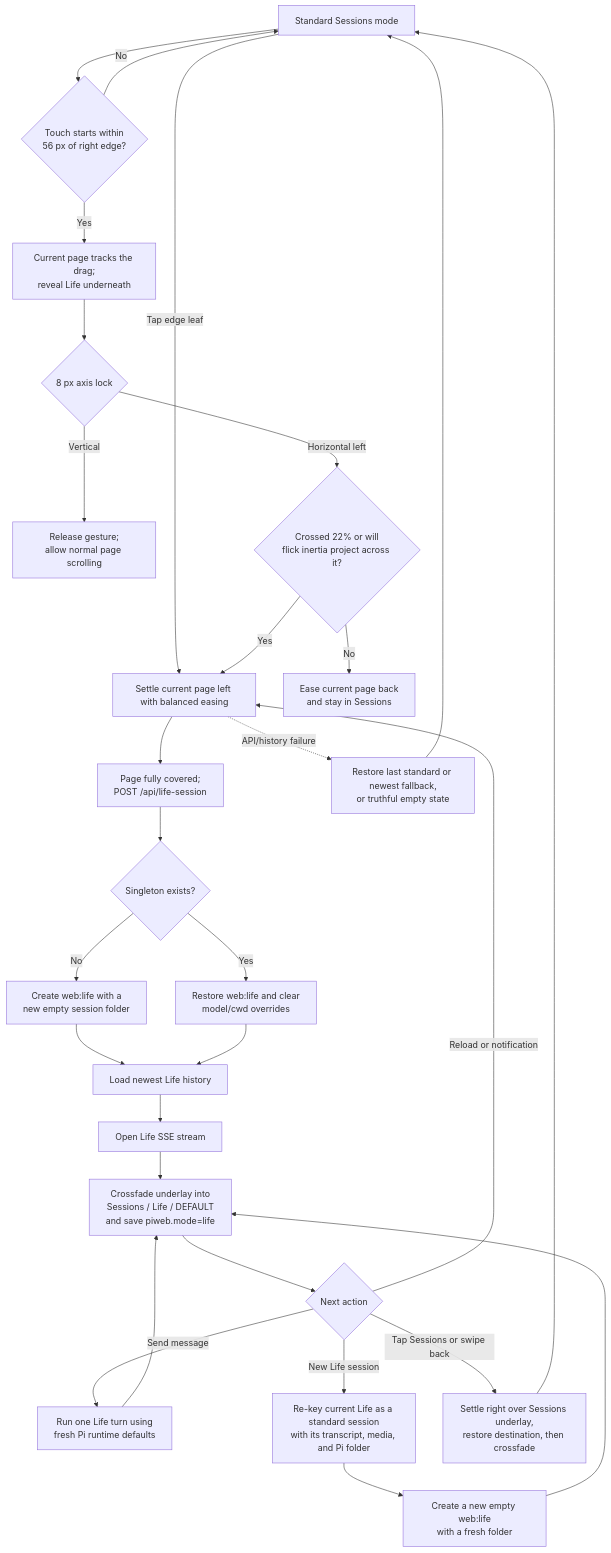
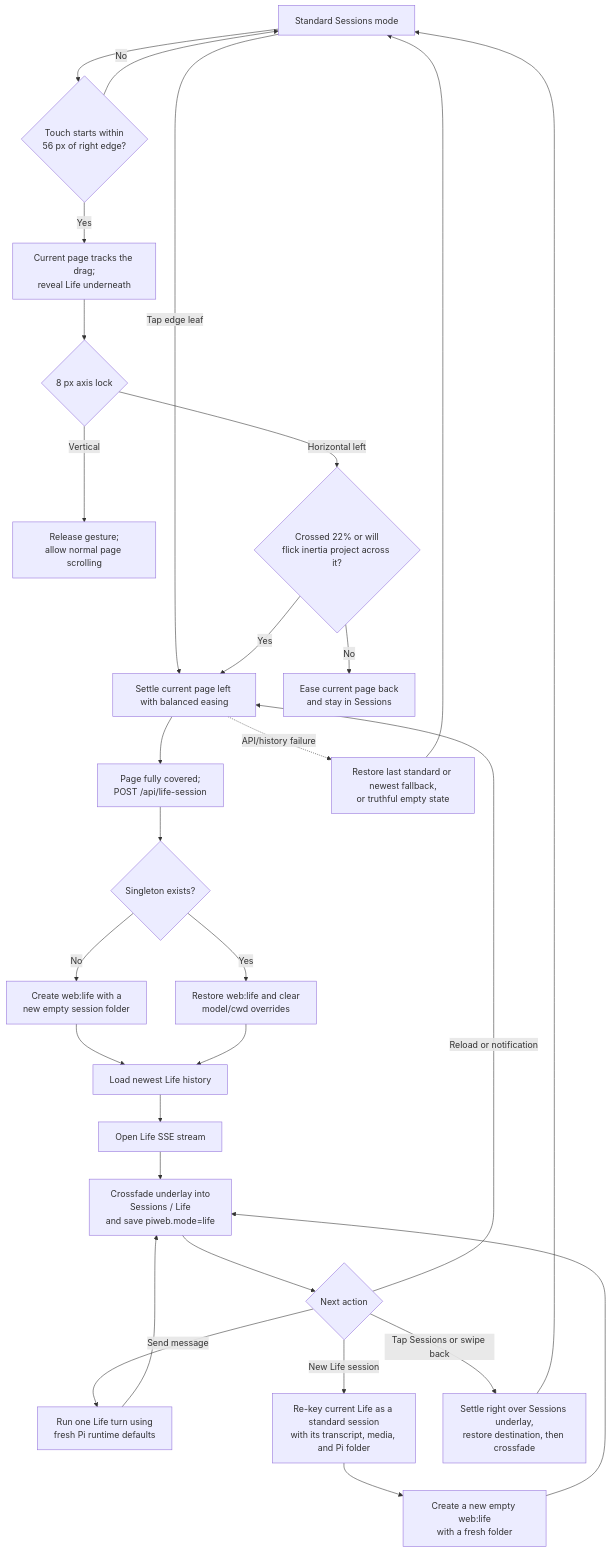
Before and after one commit to AyaSakura-comp/piweb: the first of 5 diagrams in docs/life-mode.md, drawn with Mermaid. The commit also changed 3 other files, not shown here.

Commit message:
[verified] Remove DEFAULT badge in Life mode to unblock header buttons

````diff
--- a/docs/life-mode.md
+++ b/docs/life-mode.md
@@ -78,31 +78,31 @@
 ```mermaid
 flowchart TD
     A[Standard Sessions mode] --> B{Touch starts within<br/>56 px of right edge?}
     A -- Tap edge leaf --> H
     B -- No --> A
     B -- Yes --> C[Current page tracks the drag;<br/>reveal Life underneath]
     C --> D{8 px axis lock}
     D -- Vertical --> E[Release gesture;<br/>allow normal page scrolling]
     D -- Horizontal left --> F{Crossed 22% or will<br/>flick inertia project across it?}
     F -- No --> G[Ease current page back<br/>and stay in Sessions]
     F -- Yes --> H[Settle current page left with balanced easing]
     H --> H2[Page fully covered;<br/>POST /api/life-session]
     H2 --> I{Singleton exists?}
     I -- No --> J[Create web:life with a<br/>new empty session folder]
     I -- Yes --> K[Restore web:life and clear<br/>model/cwd overrides]
     J --> L[Load newest Life history]
     K --> L
     L --> M[Open Life SSE stream]
-    M --> N[Crossfade underlay into<br/>Sessions / Life / DEFAULT<br/>and save piweb.mode=life]
+    M --> N[Crossfade underlay into<br/>Sessions / Life<br/>and save piweb.mode=life]
     N --> O{Next action}
     O -- Send message --> P[Run one Life turn using<br/>fresh Pi runtime defaults]
     P --> N
     O -- New Life session --> S[Re-key current Life as a standard session<br/>with its transcript, media, and Pi folder]
     S --> T[Create a new empty web:life<br/>with a fresh folder]
     T --> N
     O -- Reload or notification --> H
     O -- Tap Sessions or swipe back --> Q[Settle right over Sessions underlay,<br/>restore destination, then crossfade]
     Q --> A
     H -. API/history failure .-> R[Restore last standard or newest fallback,<br/>or truthful empty state]
     R --> A
 ```
````
